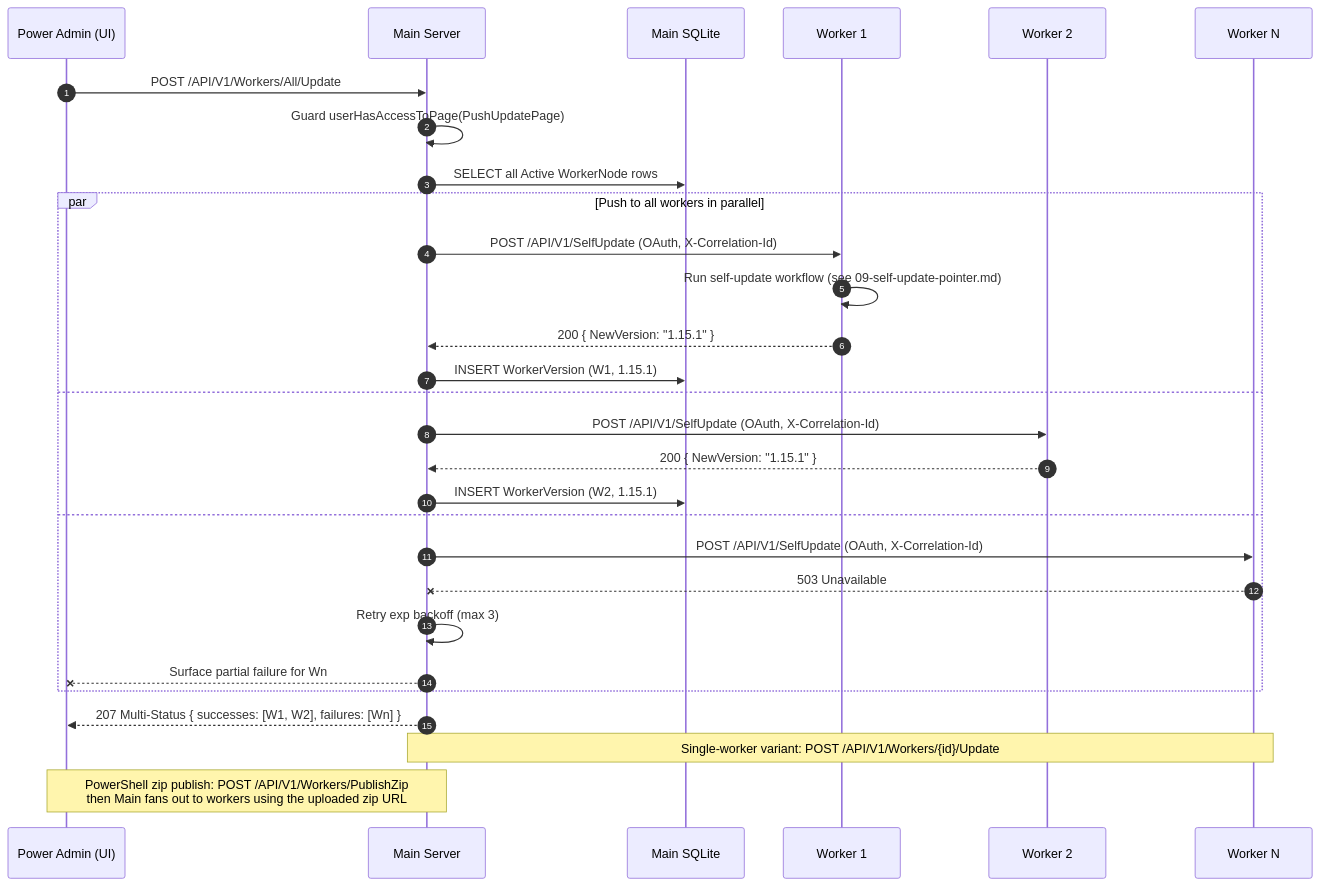
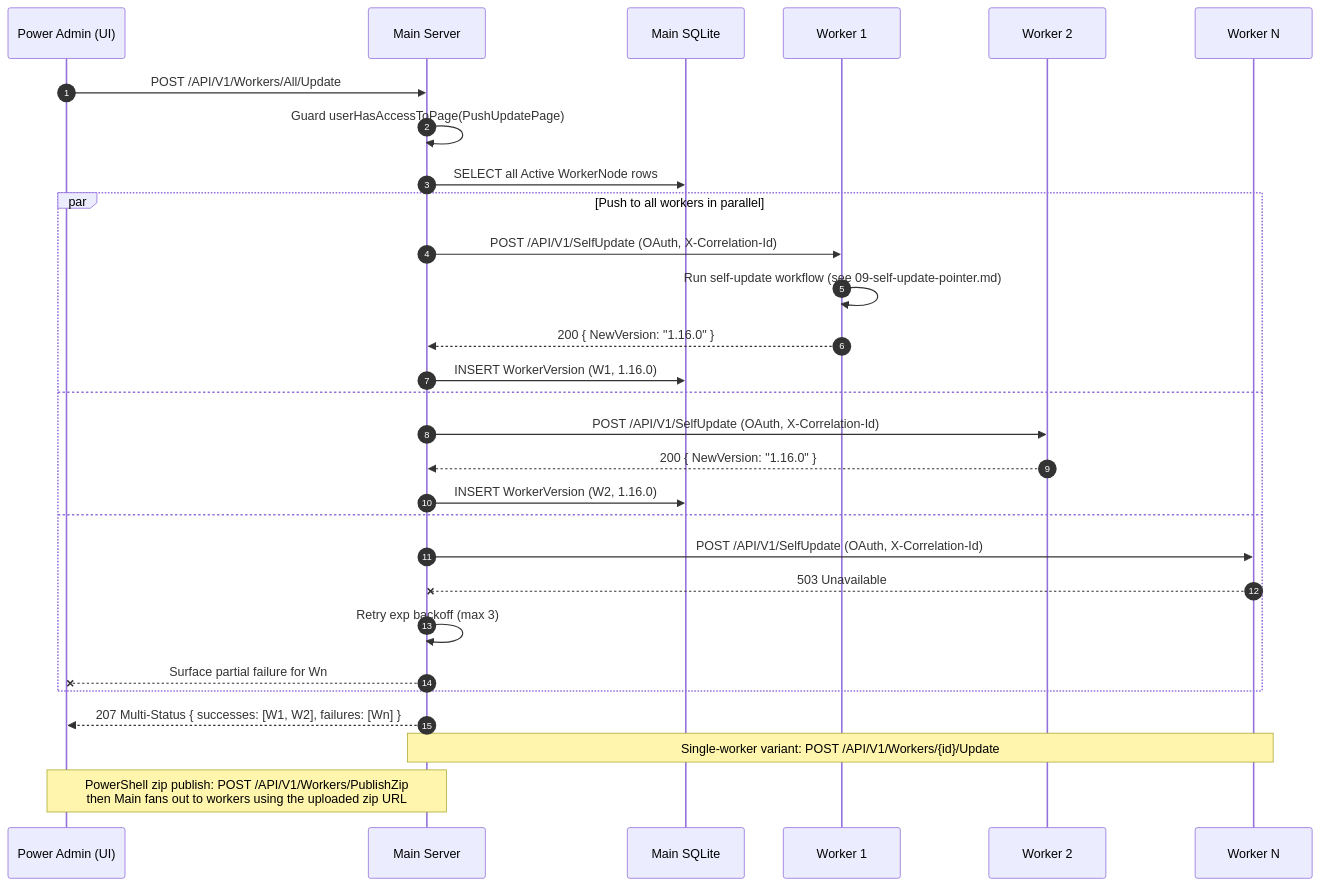
One commit to alimtvnetwork/prompt-architect-v2 changed the diagram in spec/19-main-worker-service/diagrams/seq-push-update.mmd. Above: the diagram before and after it, drawn with Mermaid. The commit also changed 18 other files, not shown here.

```diff
--- a/spec/19-main-worker-service/diagrams/seq-push-update.mmd
+++ b/spec/19-main-worker-service/diagrams/seq-push-update.mmd
@@ -1,43 +1,43 @@
 %% ==========================================================
 %% NON-AUTHORITATIVE PROJECTION
 %% ==========================================================
 %% Subject:        Power-Admin push-update fan-out
 %% Authoritative:  spec/14-update/28-worker-push-instruction.md + spec/19/15-tunable-constants.md
 %% Status:         Illustrative only. If this diagram disagrees
 %%                 with the authoritative spec(s) above, the
 %%                 spec wins and this file is the bug.
 %% Banner version: 1.0.0 (2026-05-04, audit fix #9)
 %% ==========================================================
 sequenceDiagram
     autonumber
     participant Admin as Power Admin (UI)
     participant Main as Main Server
     participant DB as Main SQLite
     participant W1 as Worker 1
     participant W2 as Worker 2
     participant Wn as Worker N
 
     Admin->>Main: POST /API/V1/Workers/All/Update
     Main->>Main: Guard userHasAccessToPage(PushUpdatePage)
     Main->>DB: SELECT all Active WorkerNode rows
 
     par Push to all workers in parallel
         Main->>W1: POST /API/V1/SelfUpdate (OAuth, X-Correlation-Id)
         W1->>W1: Run self-update workflow (see 09-self-update-pointer.md)
-        W1-->>Main: 200 { NewVersion: "1.15.1" }
-        Main->>DB: INSERT WorkerVersion (W1, 1.15.1)
+        W1-->>Main: 200 { NewVersion: "1.16.0" }
+        Main->>DB: INSERT WorkerVersion (W1, 1.16.0)
     and
         Main->>W2: POST /API/V1/SelfUpdate (OAuth, X-Correlation-Id)
-        W2-->>Main: 200 { NewVersion: "1.15.1" }
-        Main->>DB: INSERT WorkerVersion (W2, 1.15.1)
+        W2-->>Main: 200 { NewVersion: "1.16.0" }
+        Main->>DB: INSERT WorkerVersion (W2, 1.16.0)
     and
         Main->>Wn: POST /API/V1/SelfUpdate (OAuth, X-Correlation-Id)
         Wn--xMain: 503 Unavailable
         Main->>Main: Retry exp backoff (max 3)
         Main--xAdmin: Surface partial failure for Wn
     end
 
     Main-->>Admin: 207 Multi-Status { successes: [W1, W2], failures: [Wn] }
 
     Note over Main,Wn: Single-worker variant: POST /API/V1/Workers/{id}/Update
     Note over Admin,Main: PowerShell zip publish: POST /API/V1/Workers/PublishZip<br/>then Main fans out to workers using the uploaded zip URL
```
